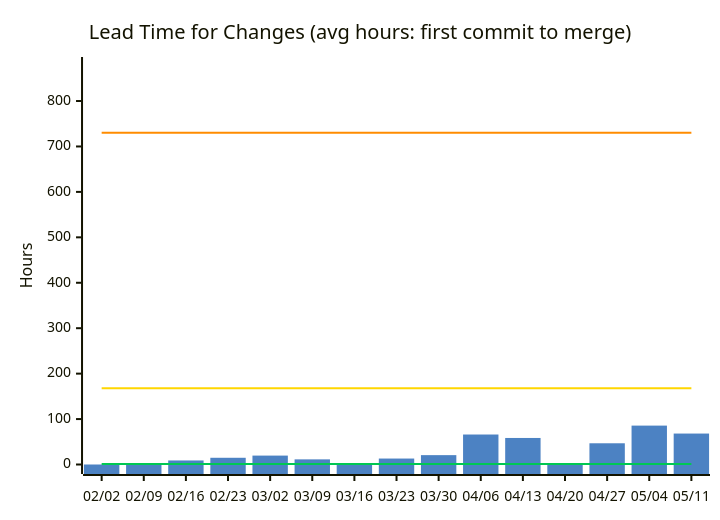
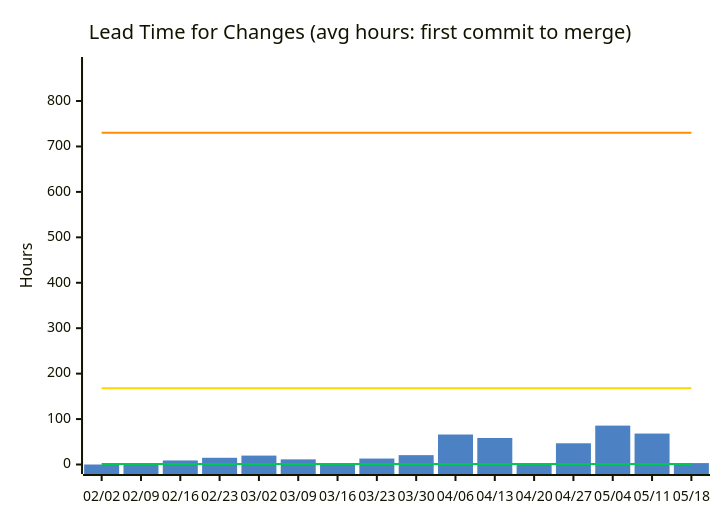
The second of 14 diagrams in docs/metrics.md (nablarch/nabledge-dev), drawn with Mermaid before and after one commit. The commit also changed other lines of this file and 2 other files, not shown here.

````diff
--- a/docs/metrics.md
+++ b/docs/metrics.md
@@ -49,11 +49,11 @@
 ```mermaid
 %%{init: {'theme': 'base', 'themeVariables': {'xyChart': {'plotColorPalette': '#4C82C3,#00C853,#FFD600,#FF8C00'}}}}%%
 xychart-beta
   title "Lead Time for Changes (avg hours: first commit to merge)"
-  x-axis ["02/02", "02/09", "02/16", "02/23", "03/02", "03/09", "03/16", "03/23", "03/30", "04/06", "04/13", "04/20", "04/27", "05/04", "05/11"]
+  x-axis ["02/02", "02/09", "02/16", "02/23", "03/02", "03/09", "03/16", "03/23", "03/30", "04/06", "04/13", "04/20", "04/27", "05/04", "05/11", "05/18"]
   y-axis "Hours" 0 --> 876
-  bar [0, 2.7, 8.9, 14.8, 19.6, 11.3, 0, 13.1, 20.6, 66, 58.4, 0.1, 46.7, 85.6, 68.1]
-  line [1, 1, 1, 1, 1, 1, 1, 1, 1, 1, 1, 1, 1, 1, 1]
-  line [168, 168, 168, 168, 168, 168, 168, 168, 168, 168, 168, 168, 168, 168, 168]
-  line [730, 730, 730, 730, 730, 730, 730, 730, 730, 730, 730, 730, 730, 730, 730]
+  bar [0, 2.7, 8.9, 14.8, 19.6, 11.3, 0, 13.1, 20.6, 66, 58.4, 0.1, 46.7, 85.6, 68.1, 3.1]
+  line [1, 1, 1, 1, 1, 1, 1, 1, 1, 1, 1, 1, 1, 1, 1, 1]
+  line [168, 168, 168, 168, 168, 168, 168, 168, 168, 168, 168, 168, 168, 168, 168, 168]
+  line [730, 730, 730, 730, 730, 730, 730, 730, 730, 730, 730, 730, 730, 730, 730, 730]
 ```
````
